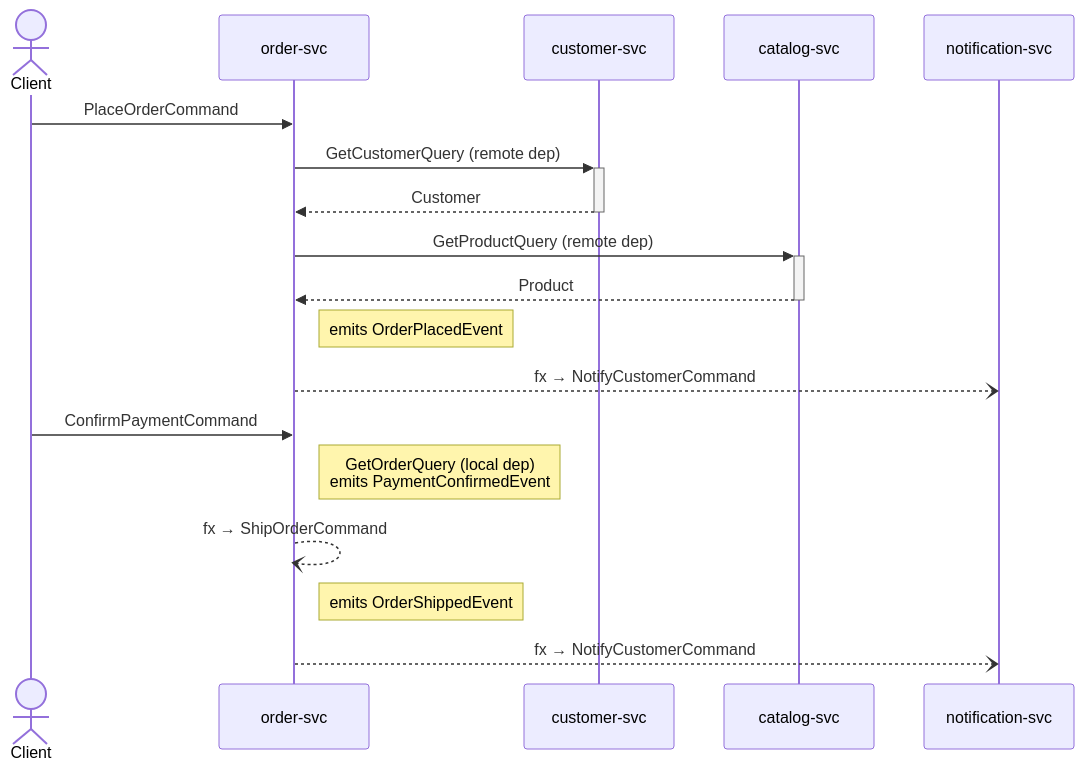
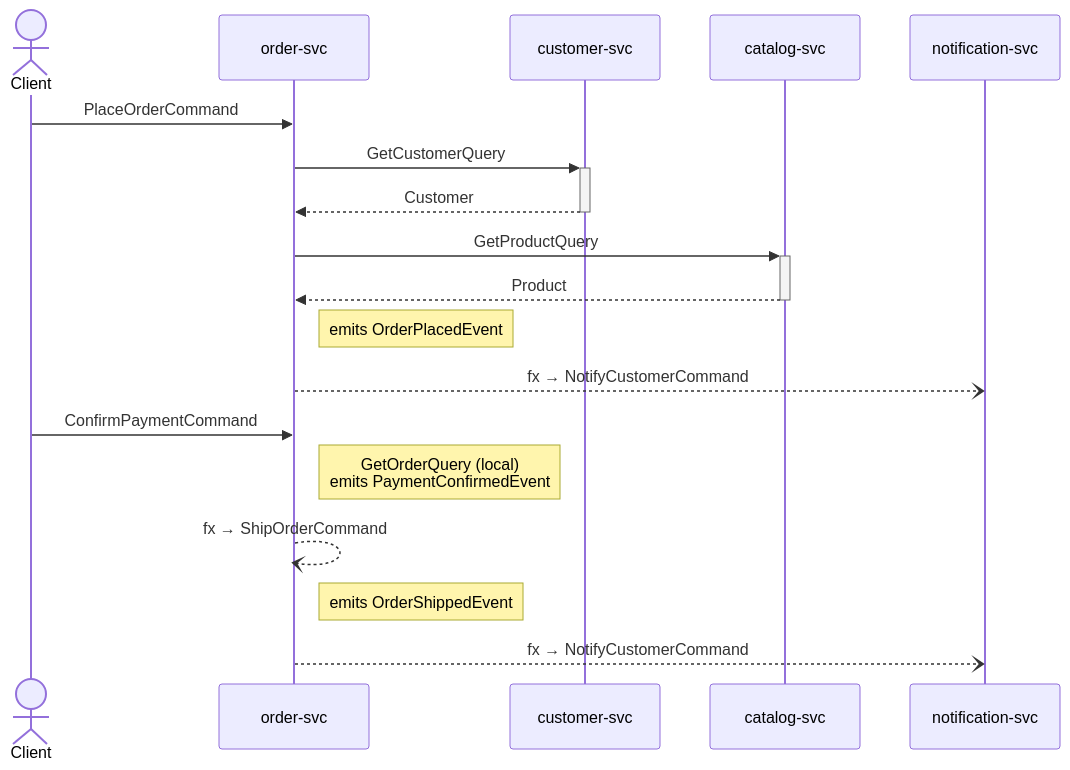
The fourth of 4 diagrams in README.md (alpha-prosoft/edd-java), drawn with Mermaid before and after one commit. The commit also changed other lines of this file and 4 other files, not shown here.

````diff
--- a/README.md
+++ b/README.md
@@ -321,23 +199,22 @@
 ```mermaid
 sequenceDiagram
     actor Client
     participant Order as order-svc
     participant Customer as customer-svc
     participant Catalog as catalog-svc
     participant Notif as notification-svc
 
     Client->>Order: PlaceOrderCommand
-    Order->>+Customer: GetCustomerQuery (remote dep)
+    Order->>+Customer: GetCustomerQuery
     Customer-->>-Order: Customer
-    Order->>+Catalog: GetProductQuery (remote dep)
+    Order->>+Catalog: GetProductQuery
     Catalog-->>-Order: Product
     Note right of Order: emits OrderPlacedEvent
     Order--)Notif: fx → NotifyCustomerCommand
 
     Client->>Order: ConfirmPaymentCommand
-    Note right of Order: GetOrderQuery (local dep)<br/>emits PaymentConfirmedEvent
+    Note right of Order: GetOrderQuery (local)<br/>emits PaymentConfirmedEvent
     Order--)Order: fx → ShipOrderCommand
-
     Note right of Order: emits OrderShippedEvent
     Order--)Notif: fx → NotifyCustomerCommand
 ```
````
